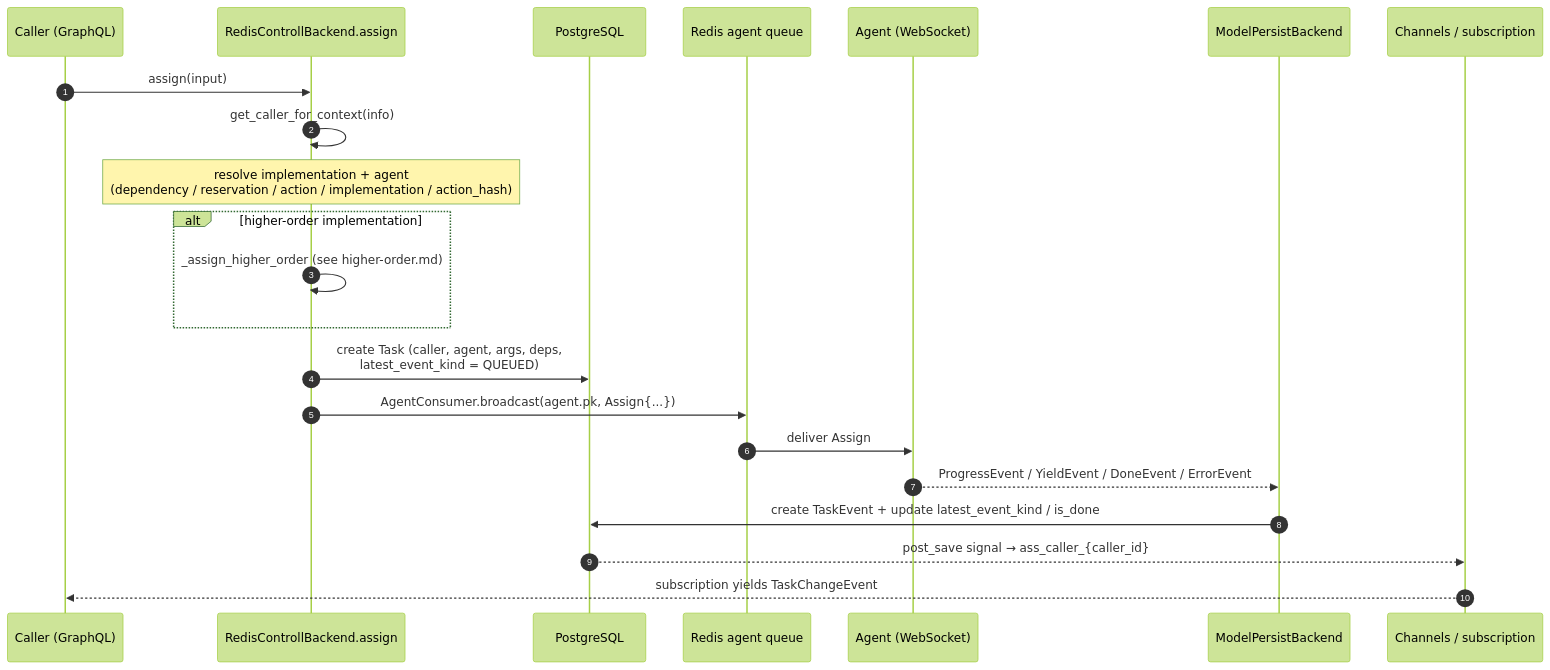
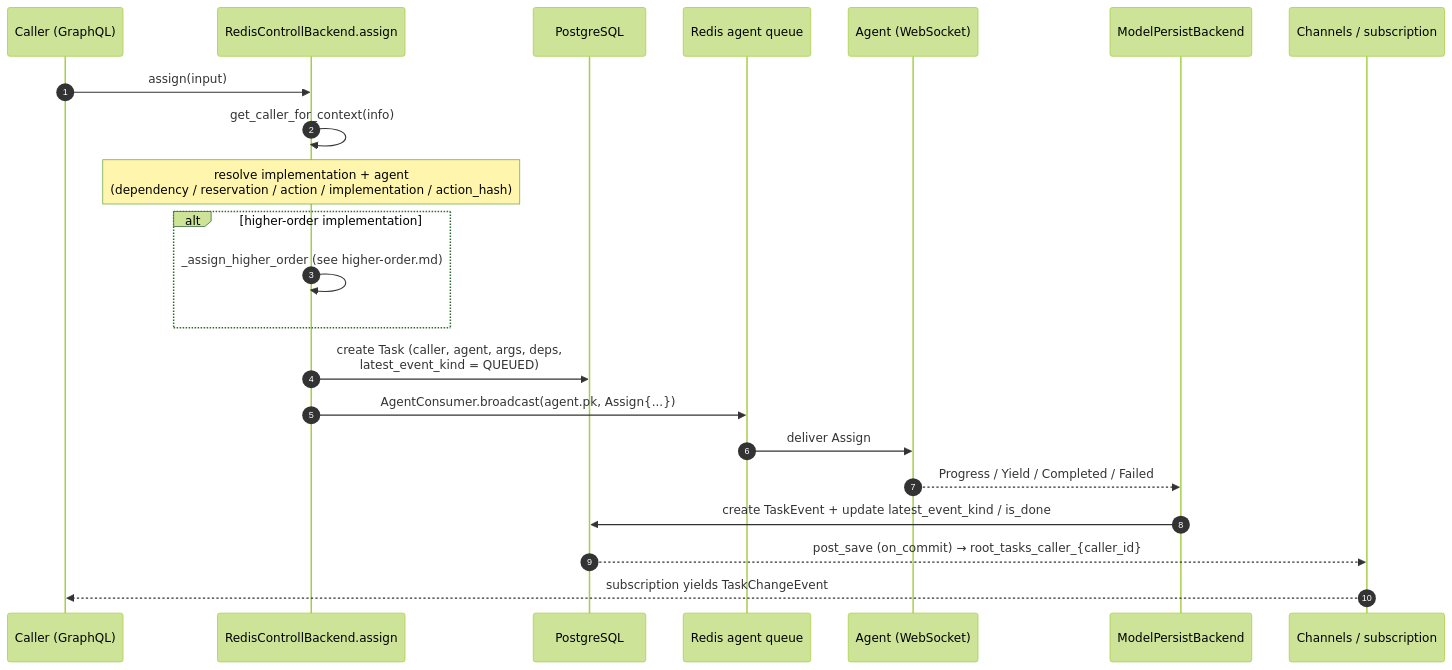
One commit to arkitektio/rekuest-server changed the first of 2 diagrams in docs/design/task-lifecycle.md. Above: the diagram before and after it, drawn with Mermaid (forest theme). The commit also changed other lines of this file and 13 other files, not shown here.

````diff
--- a/docs/design/task-lifecycle.md
+++ b/docs/design/task-lifecycle.md
@@ -11,25 +11,25 @@
 ```mermaid
 sequenceDiagram
     autonumber
     participant C as Caller (GraphQL)
     participant BE as RedisControllBackend.assign
     participant DB as PostgreSQL
     participant Q as Redis agent queue
     participant AG as Agent (WebSocket)
     participant PB as ModelPersistBackend
     participant CH as Channels / subscription
 
     C->>BE: assign(input)
     BE->>BE: get_caller_for_context(info)
     Note over BE: resolve implementation + agent<br/>(dependency / reservation / action / implementation / action_hash)
     alt higher-order implementation
         BE->>BE: _assign_higher_order (see higher-order.md)
     end
     BE->>DB: create Task (caller, agent, args, deps,<br/>latest_event_kind = QUEUED)
     BE->>Q: AgentConsumer.broadcast(agent.pk, Assign{...})
     Q->>AG: deliver Assign
-    AG-->>PB: ProgressEvent / YieldEvent / DoneEvent / ErrorEvent
+    AG-->>PB: Progress / Yield / Completed / Failed
     PB->>DB: create TaskEvent + update latest_event_kind / is_done
-    DB-->>CH: post_save signal → ass_caller_{caller_id}
+    DB-->>CH: post_save (on_commit) → root_tasks_caller_{caller_id}
     CH-->>C: subscription yields TaskChangeEvent
 ```
````
